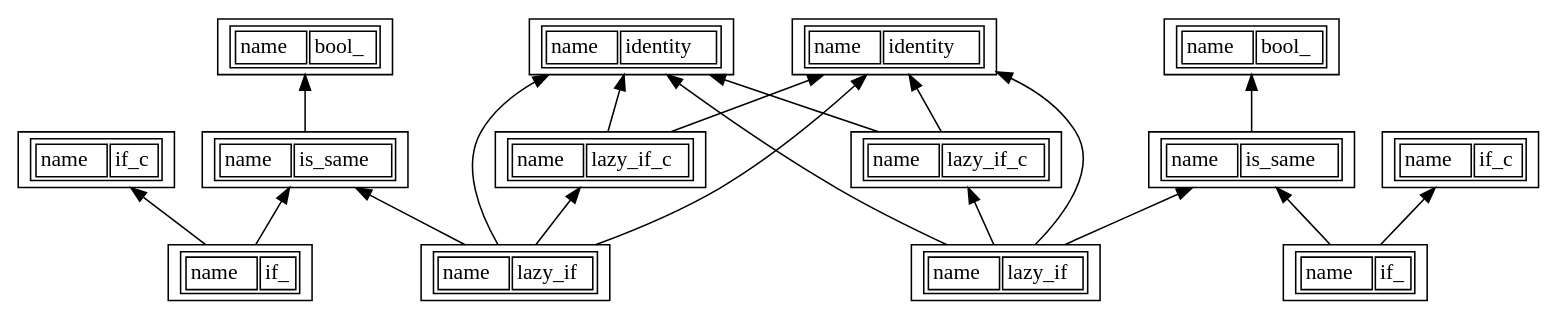
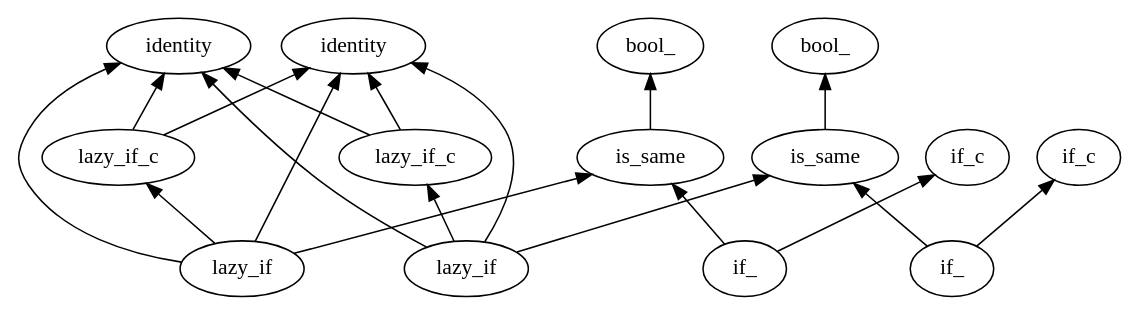
The diagram in output/dot/heller.dot (brycelelbach/ariel), drawn with Graphviz before and after one commit. The commit also changed 13 other files, not shown here.

```diff
--- a/output/dot/heller.dot
+++ b/output/dot/heller.dot
@@ -1,37 +1,37 @@
 digraph {
 rankdir="BT";
-n411094983[shape="record" label=<<TABLE><TR><TD>name</TD><TD>if_</TD></TR></TABLE>>];
-n424455647[shape="record" label=<<TABLE><TR><TD>name</TD><TD>lazy_if_c</TD></TR></TABLE>>];
-n571571392[shape="record" label=<<TABLE><TR><TD>name</TD><TD>lazy_if</TD></TR></TABLE>>];
-n796517498[shape="record" label=<<TABLE><TR><TD>name</TD><TD>lazy_if</TD></TR></TABLE>>];
-n1287355512[shape="record" label=<<TABLE><TR><TD>name</TD><TD>identity</TD></TR></TABLE>>];
-n1298369181[shape="record" label=<<TABLE><TR><TD>name</TD><TD>is_same</TD></TR></TABLE>>];
-n1456755728[shape="record" label=<<TABLE><TR><TD>name</TD><TD>if_c</TD></TR></TABLE>>];
-n2104634931[shape="record" label=<<TABLE><TR><TD>name</TD><TD>bool_</TD></TR></TABLE>>];
-n2395158828[shape="record" label=<<TABLE><TR><TD>name</TD><TD>bool_</TD></TR></TABLE>>];
-n2763800426[shape="record" label=<<TABLE><TR><TD>name</TD><TD>is_same</TD></TR></TABLE>>];
-n3283385663[shape="record" label=<<TABLE><TR><TD>name</TD><TD>lazy_if_c</TD></TR></TABLE>>];
-n3903986830[shape="record" label=<<TABLE><TR><TD>name</TD><TD>if_</TD></TR></TABLE>>];
-n4005720465[shape="record" label=<<TABLE><TR><TD>name</TD><TD>if_c</TD></TR></TABLE>>];
-n4126307445[shape="record" label=<<TABLE><TR><TD>name</TD><TD>identity</TD></TR></TABLE>>];
+n64099686[label="identity"];
+n6145512140[label="is_same"];
+n6389975045[label="bool_"];
+n6760692985[label="identity"];
+n6908642958[label="lazy_if"];
+n61547732061[label="if_"];
+n62111052413[label="is_same"];
+n62462696463[label="bool_"];
+n63894491725[label="lazy_if_c"];
+n64042619616[label="if_c"];
+n64051250341[label="lazy_if"];
+n64226262365[label="if_c"];
+n64244126063[label="if_"];
+n64258749489[label="lazy_if_c"];
 
-n411094983 -> n2763800426;
-n411094983 -> n1456755728;
-n424455647 -> n1287355512;
-n424455647 -> n4126307445;
-n571571392 -> n1298369181;
-n571571392 -> n1287355512;
-n571571392 -> n4126307445;
-n571571392 -> n424455647;
-n796517498 -> n2763800426;
-n796517498 -> n1287355512;
-n796517498 -> n4126307445;
-n796517498 -> n3283385663;
-n1298369181 -> n2395158828;
-n2763800426 -> n2104634931;
-n3283385663 -> n1287355512;
-n3283385663 -> n4126307445;
-n3903986830 -> n1298369181;
-n3903986830 -> n4005720465;
+n6145512140 -> n6389975045;
+n6908642958 -> n62111052413;
+n6908642958 -> n6760692985;
+n6908642958 -> n64099686;
+n6908642958 -> n64258749489;
+n61547732061 -> n6145512140;
+n61547732061 -> n64226262365;
+n62111052413 -> n62462696463;
+n63894491725 -> n6760692985;
+n63894491725 -> n64099686;
+n64051250341 -> n6145512140;
+n64051250341 -> n6760692985;
+n64051250341 -> n64099686;
+n64051250341 -> n63894491725;
+n64244126063 -> n62111052413;
+n64244126063 -> n64042619616;
+n64258749489 -> n6760692985;
+n64258749489 -> n64099686;
 
 }
```
